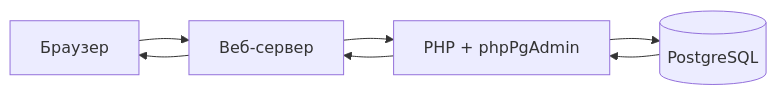
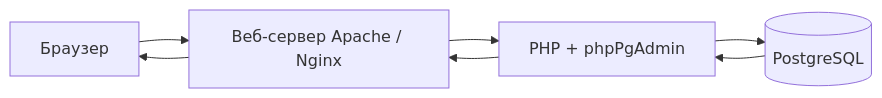
The diagram in docs/encyclopedia/5-languages/5-07-php/phppgadmin/1.md (Spirzen/it-knowledge-base), drawn with Mermaid before and after one commit. The commit also changed other lines of this file and 172 other files, not shown here.

````diff
--- a/docs/encyclopedia/5-languages/5-07-php/phppgadmin/1.md
+++ b/docs/encyclopedia/5-languages/5-07-php/phppgadmin/1.md
@@ -34,9 +83,9 @@
 ```mermaid
 flowchart LR
-  B[Браузер] --> W[Веб-сервер]
+  B[Браузер] --> W[Веб-сервер Apache / Nginx]
   W --> P[PHP + phpPgAdmin]
   P --> PG[(PostgreSQL)]
   PG --> P
   P --> W
   W --> B
 ```
````
